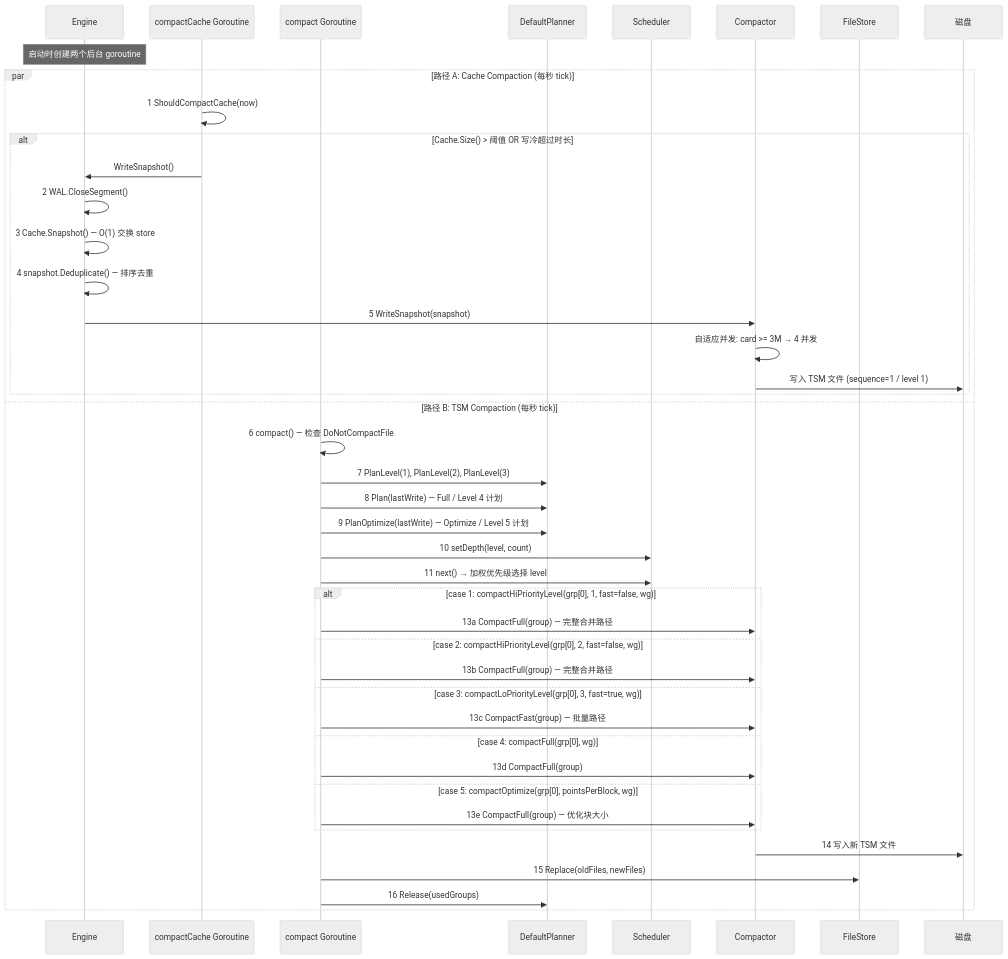
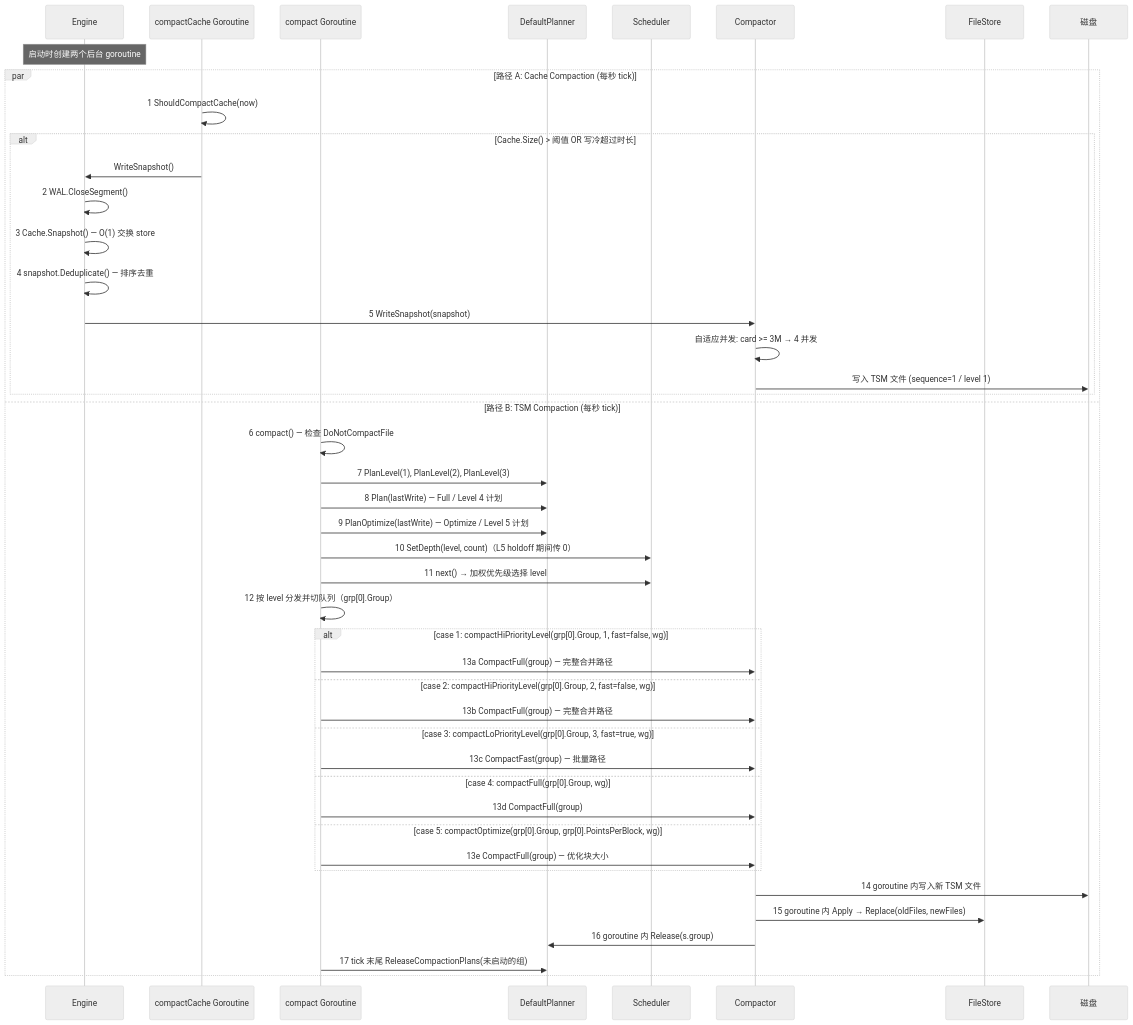
One commit to stefanv5/influxdb changed the first of 15 diagrams in docs/specs/04_background_tasks_spec.md. Above: the diagram before and after it, drawn with Mermaid (neutral theme). The commit also changed other lines of this file and 16 other files, not shown here.

First line of the commit message:
docs: correct and deepen the 17 architecture specs

````diff
--- a/docs/specs/04_background_tasks_spec.md
+++ b/docs/specs/04_background_tasks_spec.md
@@ -23,48 +25,50 @@
 ```mermaid
 sequenceDiagram
     participant Engine as Engine
     participant CacheComp as compactCache Goroutine
     participant TSMComp as compact Goroutine
     participant Planner as DefaultPlanner
     participant Scheduler as Scheduler
     participant Compactor as Compactor
     participant FileStore as FileStore
     participant Disk as 磁盘
 
     Note over Engine: 启动时创建两个后台 goroutine
 
     par 路径 A: Cache Compaction (每秒 tick)
         CacheComp->>CacheComp: 1 ShouldCompactCache(now)
         alt Cache.Size() > 阈值 OR 写冷超过时长
             CacheComp->>Engine: WriteSnapshot()
             Engine->>Engine: 2 WAL.CloseSegment()
             Engine->>Engine: 3 Cache.Snapshot() — O(1) 交换 store
             Engine->>Engine: 4 snapshot.Deduplicate() — 排序去重
             Engine->>Compactor: 5 WriteSnapshot(snapshot)
             Compactor->>Compactor: 自适应并发: card >= 3M → 4 并发
             Compactor->>Disk: 写入 TSM 文件 (sequence=1 / level 1)
         end
 
     and 路径 B: TSM Compaction (每秒 tick)
         TSMComp->>TSMComp: 6 compact() — 检查 DoNotCompactFile
         TSMComp->>Planner: 7 PlanLevel(1), PlanLevel(2), PlanLevel(3)
         TSMComp->>Planner: 8 Plan(lastWrite) — Full / Level 4 计划
         TSMComp->>Planner: 9 PlanOptimize(lastWrite) — Optimize / Level 5 计划
-        TSMComp->>Scheduler: 10 setDepth(level, count)
+        TSMComp->>Scheduler: 10 SetDepth(level, count)（L5 holdoff 期间传 0）
         TSMComp->>Scheduler: 11 next() → 加权优先级选择 level
-        alt case 1: compactHiPriorityLevel(grp[0], 1, fast=false, wg)
+        TSMComp->>TSMComp: 12 按 level 分发并切队列（grp[0].Group）
+        alt case 1: compactHiPriorityLevel(grp[0].Group, 1, fast=false, wg)
             TSMComp->>Compactor: 13a CompactFull(group) — 完整合并路径
-        else case 2: compactHiPriorityLevel(grp[0], 2, fast=false, wg)
+        else case 2: compactHiPriorityLevel(grp[0].Group, 2, fast=false, wg)
             TSMComp->>Compactor: 13b CompactFull(group) — 完整合并路径
-        else case 3: compactLoPriorityLevel(grp[0], 3, fast=true, wg)
+        else case 3: compactLoPriorityLevel(grp[0].Group, 3, fast=true, wg)
             TSMComp->>Compactor: 13c CompactFast(group) — 批量路径
-        else case 4: compactFull(grp[0], wg)
+        else case 4: compactFull(grp[0].Group, wg)
             TSMComp->>Compactor: 13d CompactFull(group)
-        else case 5: compactOptimize(grp[0], pointsPerBlock, wg)
+        else case 5: compactOptimize(grp[0].Group, grp[0].PointsPerBlock, wg)
             TSMComp->>Compactor: 13e CompactFull(group) — 优化块大小
         end
-        Compactor->>Disk: 14 写入新 TSM 文件
-        TSMComp->>FileStore: 15 Replace(oldFiles, newFiles)
-        TSMComp->>Planner: 16 Release(usedGroups)
+        Compactor->>Disk: 14 goroutine 内写入新 TSM 文件
+        Compactor->>FileStore: 15 goroutine 内 Apply → Replace(oldFiles, newFiles)
+        Compactor->>Planner: 16 goroutine 内 Release(s.group)
+        TSMComp->>Planner: 17 tick 末尾 ReleaseCompactionPlans(未启动的组)
     end
 ```
````
